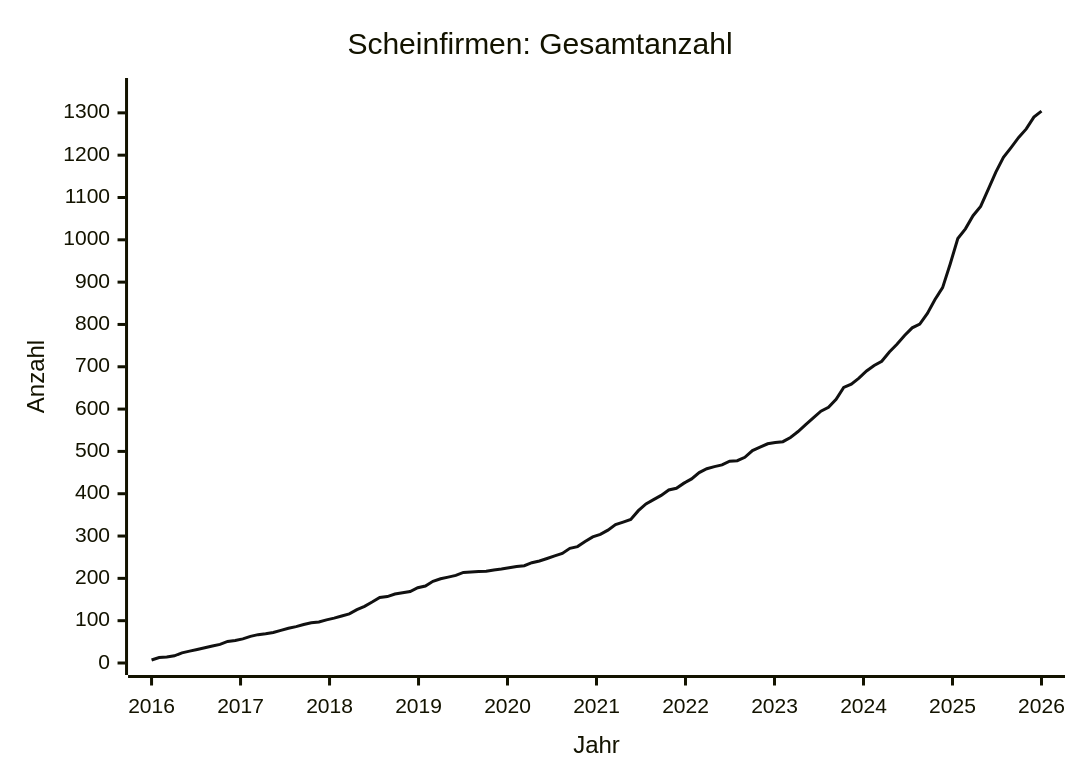
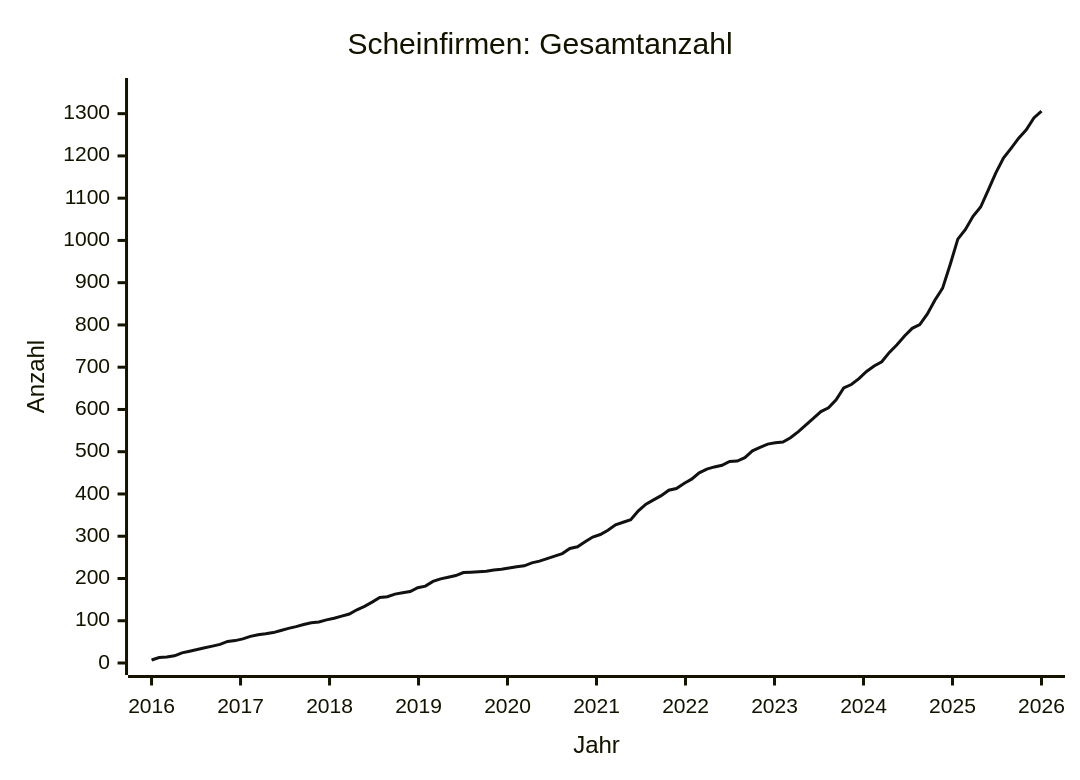
Before and after one commit to arjoma/scheinfirmen-at: the diagram in data/STATS.md, drawn with Mermaid. The commit also changed other lines of this file and 3 other files, not shown here.

````diff
--- a/data/STATS.md
+++ b/data/STATS.md
@@ -9,13 +9,13 @@
 ```mermaid
 ---
 config:
   themeVariables:
     xyChart:
       plotColorPalette: "#111111"
 ---
 xychart-beta
     title "Scheinfirmen: Gesamtanzahl"
     x-axis "Jahr" 2016 --> 2026
-    y-axis "Anzahl" 0 --> 1354
-    line [7, 13, 14, 17, 24, 28, 32, 36, 40, 44, 51, 53, 57, 63, 67, 69, 72, 77, 82, 86, 91, 95, 97, 102, 106, 111, 116, 126, 134, 144, 155, 157, 163, 166, 169, 178, 182, 193, 199, 203, 207, 214, 215, 216, 217, 220, 222, 225, 228, 230, 237, 241, 247, 253, 259, 271, 275, 287, 298, 304, 314, 327, 333, 339, 360, 376, 386, 396, 409, 413, 425, 435, 450, 459, 464, 468, 477, 478, 486, 502, 510, 518, 521, 523, 533, 547, 563, 579, 595, 604, 623, 651, 659, 673, 690, 703, 713, 735, 753, 774, 792, 801, 826, 859, 887, 943, 1003, 1026, 1057, 1079, 1119, 1160, 1195, 1218, 1242, 1262, 1290, 1304]
+    y-axis "Anzahl" 0 --> 1356
+    line [7, 13, 14, 17, 24, 28, 32, 36, 40, 44, 51, 53, 57, 63, 67, 69, 72, 77, 82, 86, 91, 95, 97, 102, 106, 111, 116, 126, 134, 144, 155, 157, 163, 166, 169, 178, 182, 193, 199, 203, 207, 214, 215, 216, 217, 220, 222, 225, 228, 230, 237, 241, 247, 253, 259, 271, 275, 287, 298, 304, 314, 327, 333, 339, 360, 376, 386, 396, 409, 413, 425, 435, 450, 459, 464, 468, 477, 478, 486, 502, 510, 518, 521, 523, 533, 547, 563, 579, 595, 604, 623, 651, 659, 673, 690, 703, 713, 735, 753, 774, 792, 801, 826, 859, 887, 943, 1003, 1026, 1057, 1079, 1119, 1160, 1195, 1218, 1242, 1262, 1290, 1306]
 ```
````
